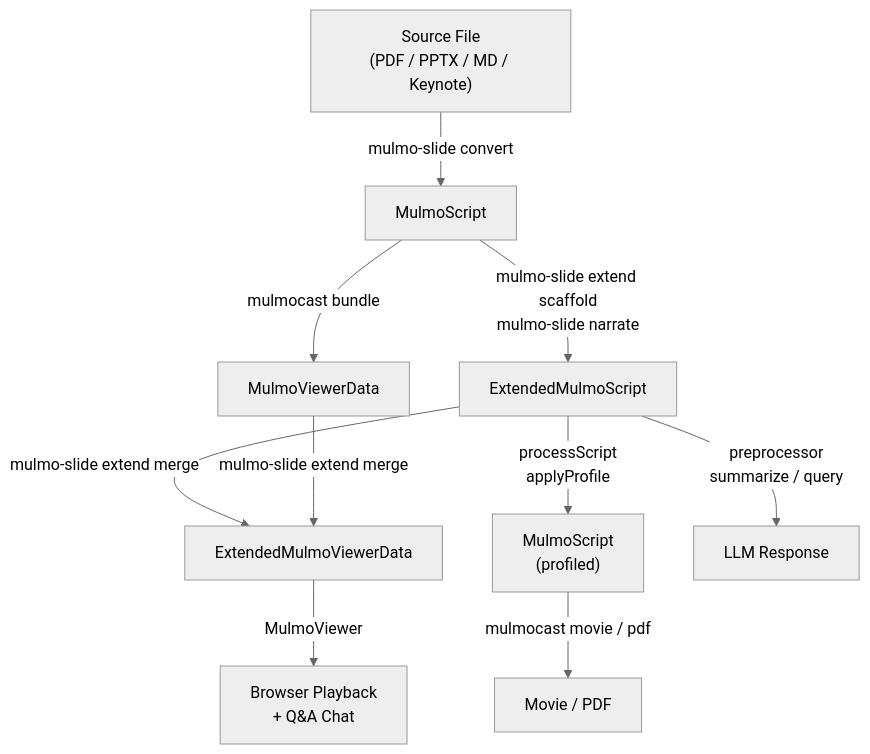
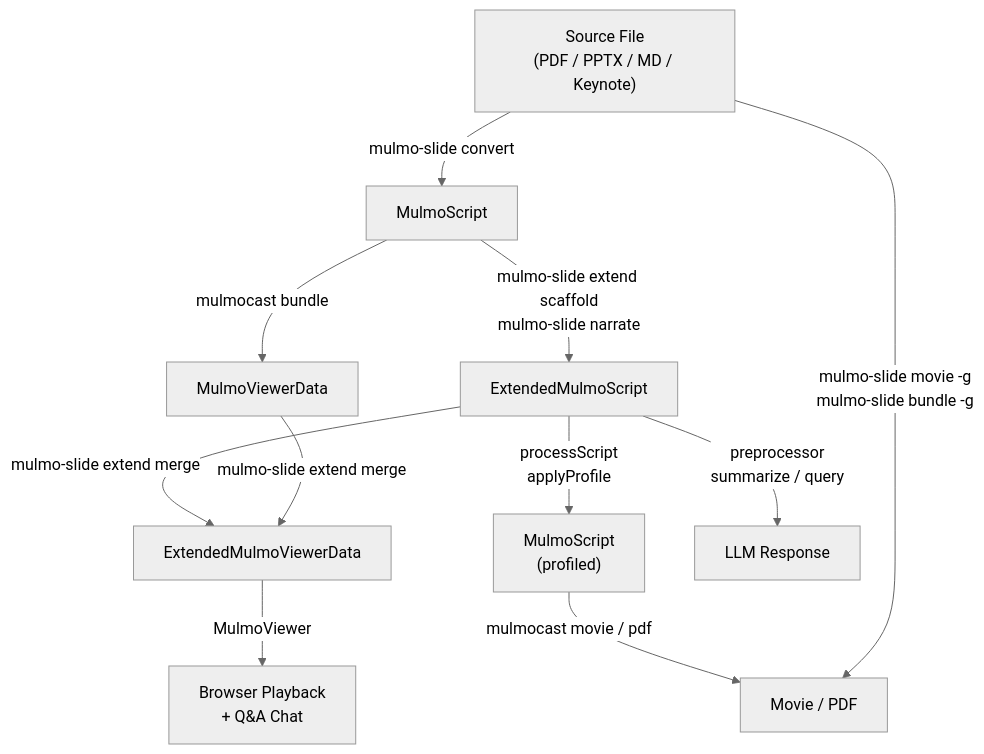
Before and after one commit to receptron/mulmocast-plus: the second of 3 diagrams in packages/mulmocast-extended-types/README.md, drawn with Mermaid (neutral theme).

````diff
--- a/packages/mulmocast-extended-types/README.md
+++ b/packages/mulmocast-extended-types/README.md
@@ -52,22 +52,24 @@
 ```mermaid
 flowchart TD
     SRC["Source File<br/>(PDF / PPTX / MD / Keynote)"]
 
     SRC -->|mulmo-slide convert| MS
     MS -->|"mulmo-slide extend scaffold<br/>mulmo-slide narrate"| ES
     MS -->|mulmocast bundle| MVD
 
     ES -->|mulmo-slide extend merge| EMVD
     MVD -->|mulmo-slide extend merge| EMVD
 
     ES -->|"processScript<br/>applyProfile"| MS2["MulmoScript<br/>(profiled)"]
     ES -->|"preprocessor<br/>summarize / query"| LLM["LLM Response"]
 
     MS2 -->|mulmocast movie / pdf| OUT["Movie / PDF"]
     EMVD -->|MulmoViewer| VIEWER["Browser Playback<br/>+ Q&A Chat"]
 
+    SRC -->|"mulmo-slide movie -g<br/>mulmo-slide bundle -g"| OUT
+
     MS["MulmoScript"]
     ES["ExtendedMulmoScript"]
     MVD["MulmoViewerData"]
     EMVD["ExtendedMulmoViewerData"]
 ```
````
